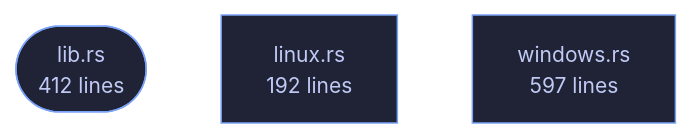
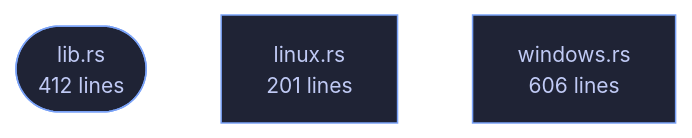
One commit to tilas01/veilvoice changed the diagram in crates/veilvoice-watch/README.md. Above: the diagram before and after it, drawn with Mermaid. The commit also changed other lines of this file and 487 other files, not shown here.

````diff
--- a/crates/veilvoice-watch/README.md
+++ b/crates/veilvoice-watch/README.md
@@ -81,10 +81,10 @@
 ```mermaid
 %%{init: {"theme":"base","themeVariables":{"background":"#1a1b26","primaryColor":"#1f2335","primaryTextColor":"#c0caf5","primaryBorderColor":"#7aa2f7","secondaryColor":"#16161e","tertiaryColor":"#16161e","lineColor":"#737aa2","textColor":"#c0caf5","mainBkg":"#1f2335","nodeBorder":"#7aa2f7","clusterBkg":"#16161e","clusterBorder":"#2f3549","fontFamily":"ui-monospace, SFMono-Regular, Consolas, monospace","fontSize":"14px"}}}%%
 flowchart TD
     n_lib(["lib.rs<br/>412 lines"])
-    n_linux["linux.rs<br/>192 lines"]
-    n_windows["windows.rs<br/>597 lines"]
+    n_linux["linux.rs<br/>201 lines"]
+    n_windows["windows.rs<br/>606 lines"]
     click n_lib href "https://github.com/tilas01/veilvoice/blob/main/crates/veilvoice-watch/src/lib.rs" "open the source"
     click n_linux href "https://github.com/tilas01/veilvoice/blob/main/crates/veilvoice-watch/src/linux.rs" "open the source"
     click n_windows href "https://github.com/tilas01/veilvoice/blob/main/crates/veilvoice-watch/src/windows.rs" "open the source"
 ```
````
